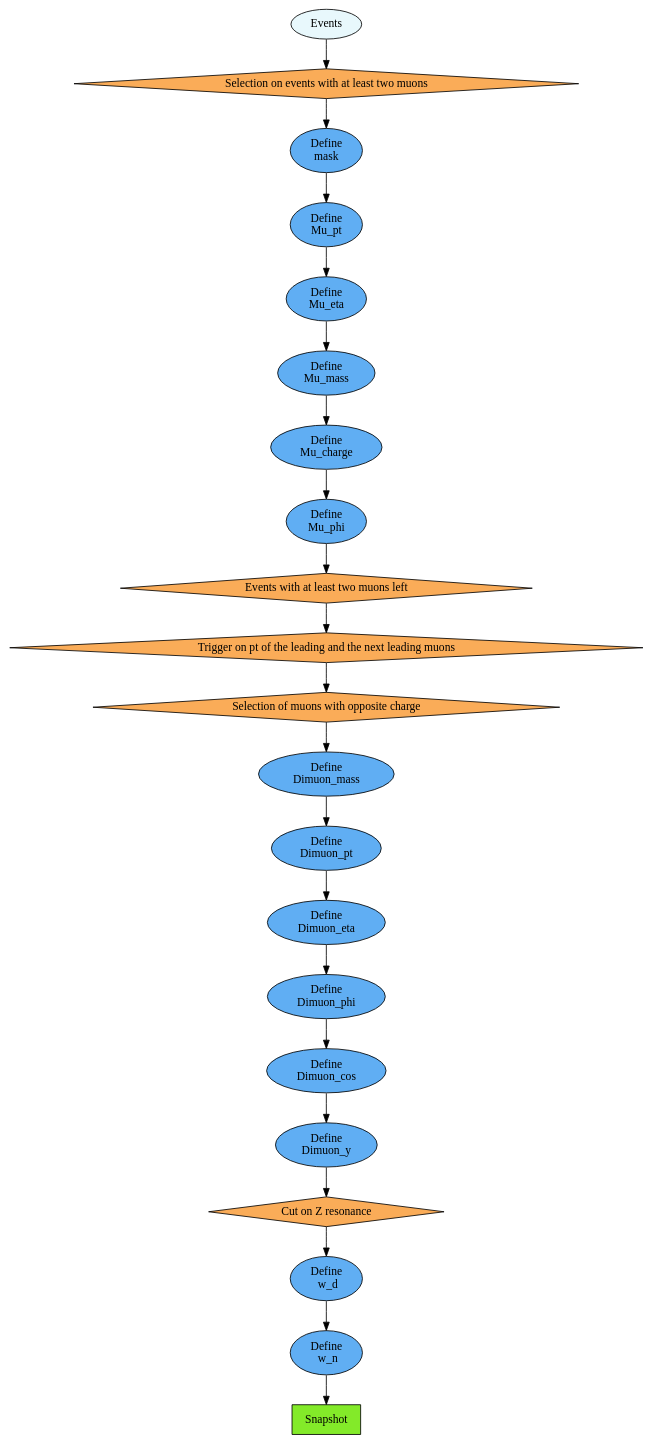
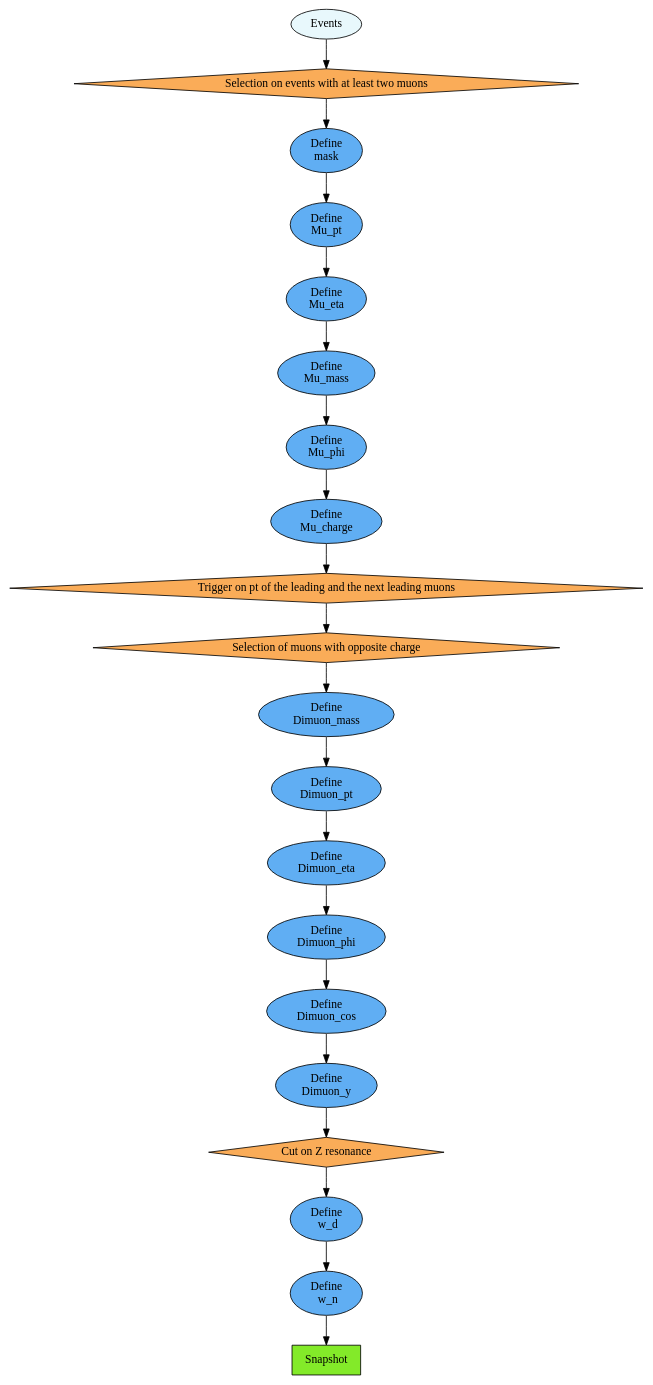
One commit to Mara-185/dimuon_invm changed the diagram in Utils/z_asymm.dot. Above: the diagram before and after it, drawn with Graphviz. The commit also changed 9 other files, not shown here.

```diff
--- a/Utils/z_asymm.dot
+++ b/Utils/z_asymm.dot
@@ -1,57 +1,55 @@
 digraph {
   28 [label="Snapshot", style="filled", fillcolor="#83EA29", shape="box"];
   27 [label="Define
   w_n", style="filled", fillcolor="#60aef3", shape="oval"];
   26 [label="Define
   w_d", style="filled", fillcolor="#60aef3", shape="oval"];
   25 [label="Cut on Z resonance", style="filled", fillcolor="#FAAC58", shape="diamond"];
 	23 [label="Define
 Dimuon_y", style="filled", fillcolor="#60aef3", shape="oval"];
 	21 [label="Define
 Dimuon_cos", style="filled", fillcolor="#60aef3", shape="oval"];
 	19 [label="Define
 Dimuon_phi", style="filled", fillcolor="#60aef3", shape="oval"];
 	17 [label="Define
 Dimuon_eta", style="filled", fillcolor="#60aef3", shape="oval"];
 	15 [label="Define
 Dimuon_pt", style="filled", fillcolor="#60aef3", shape="oval"];
 	13 [label="Define
 Dimuon_mass", style="filled", fillcolor="#60aef3", shape="oval"];
 	12 [label="Selection of muons with opposite charge", style="filled", fillcolor="#FAAC58", shape="diamond"];
-	11 [label="Trigger on pt of the leading and the next leading muons", style="filled", fillcolor="#FAAC58", shape="diamond"];
-	3 [label="Events with at least two muons left", style="filled", fillcolor="#FAAC58", shape="diamond"];
+	10 [label="Trigger on pt of the leading and the next leading muons", style="filled", fillcolor="#FAAC58", shape="diamond"];
+	5 [label="Define
+Mu_eta", style="filled", fillcolor="#60aef3", shape="oval"];
+	7 [label="Define
+Mu_phi", style="filled", fillcolor="#60aef3", shape="oval"];
 	8 [label="Define
-Mu_eta", style="filled", fillcolor="#60aef3", shape="oval"];
-	5 [label="Define
-Mu_phi", style="filled", fillcolor="#60aef3", shape="oval"];
+Mu_charge", style="filled", fillcolor="#60aef3", shape="oval"];
 	6 [label="Define
-Mu_charge", style="filled", fillcolor="#60aef3", shape="oval"];
-	7 [label="Define
 Mu_mass", style="filled", fillcolor="#60aef3", shape="oval"];
-	9 [label="Define
+	4 [label="Define
 Mu_pt", style="filled", fillcolor="#60aef3", shape="oval"];
-	10 [label="Define
+	3 [label="Define
 mask", style="filled", fillcolor="#60aef3", shape="oval"];
 	2 [label="Selection on events with at least two muons", style="filled", fillcolor="#FAAC58", shape="diamond"];
 	0 [label="Events", style="filled", fillcolor="#e8f8fc", shape="oval"];
   27 -> 28;
   26 -> 27;
   25 -> 26;
   23 -> 25;
   21 -> 23;
 	19 -> 21;
 	17 -> 19;
 	15 -> 17;
 	13 -> 15;
 	12 -> 13;
-	11 -> 12;
-  3 -> 11;
-	5 -> 3;
-	6 -> 5;
-	7 -> 6;
-	8 -> 7;
-	9 -> 8;
-	10 -> 9;
-	2 -> 10;
+  10 -> 12;
+	8 -> 10;
+	7 -> 8;
+	6 -> 7;
+	5 -> 6;
+	4 -> 5;
+	3 -> 4;
+	2 -> 3;
 	0 -> 2;
 }
```
